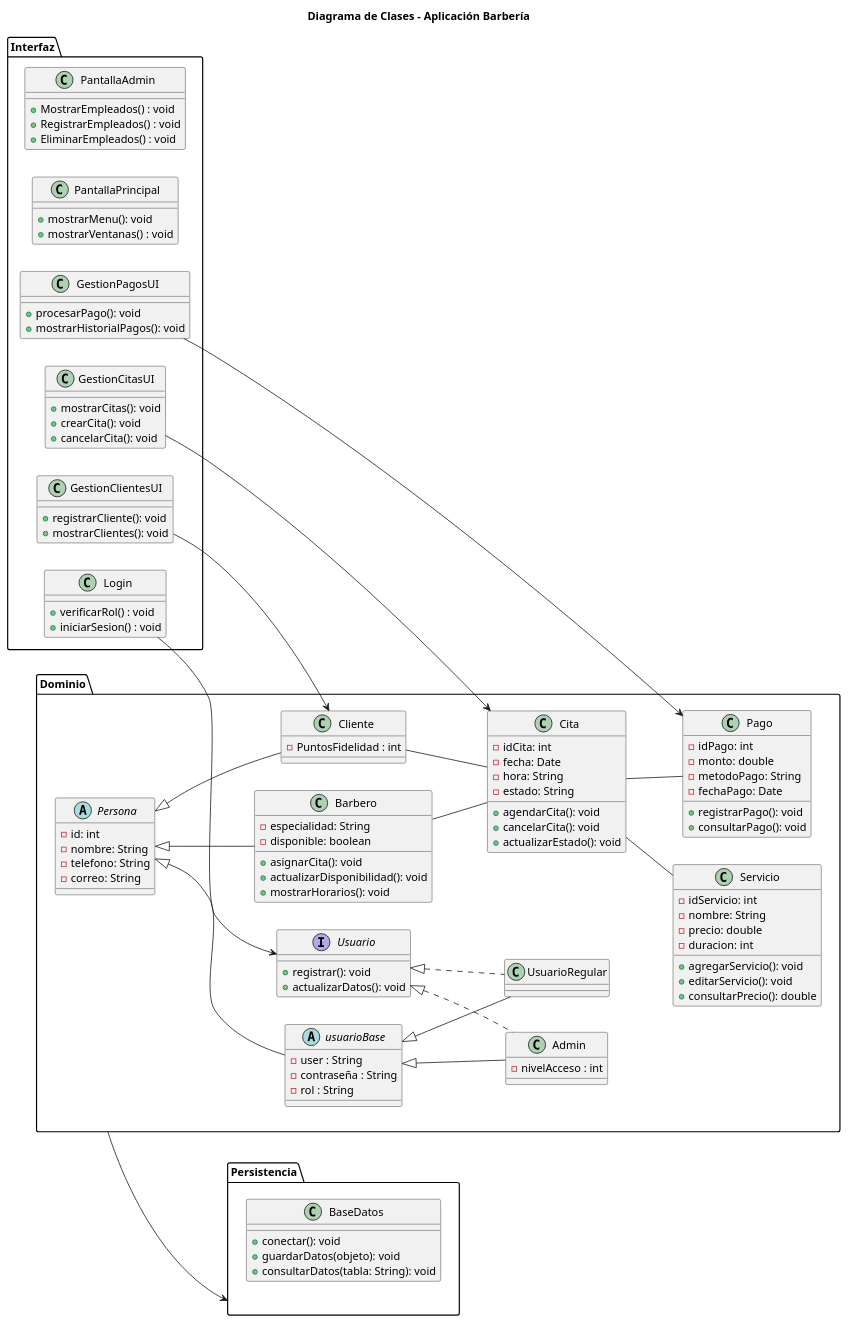
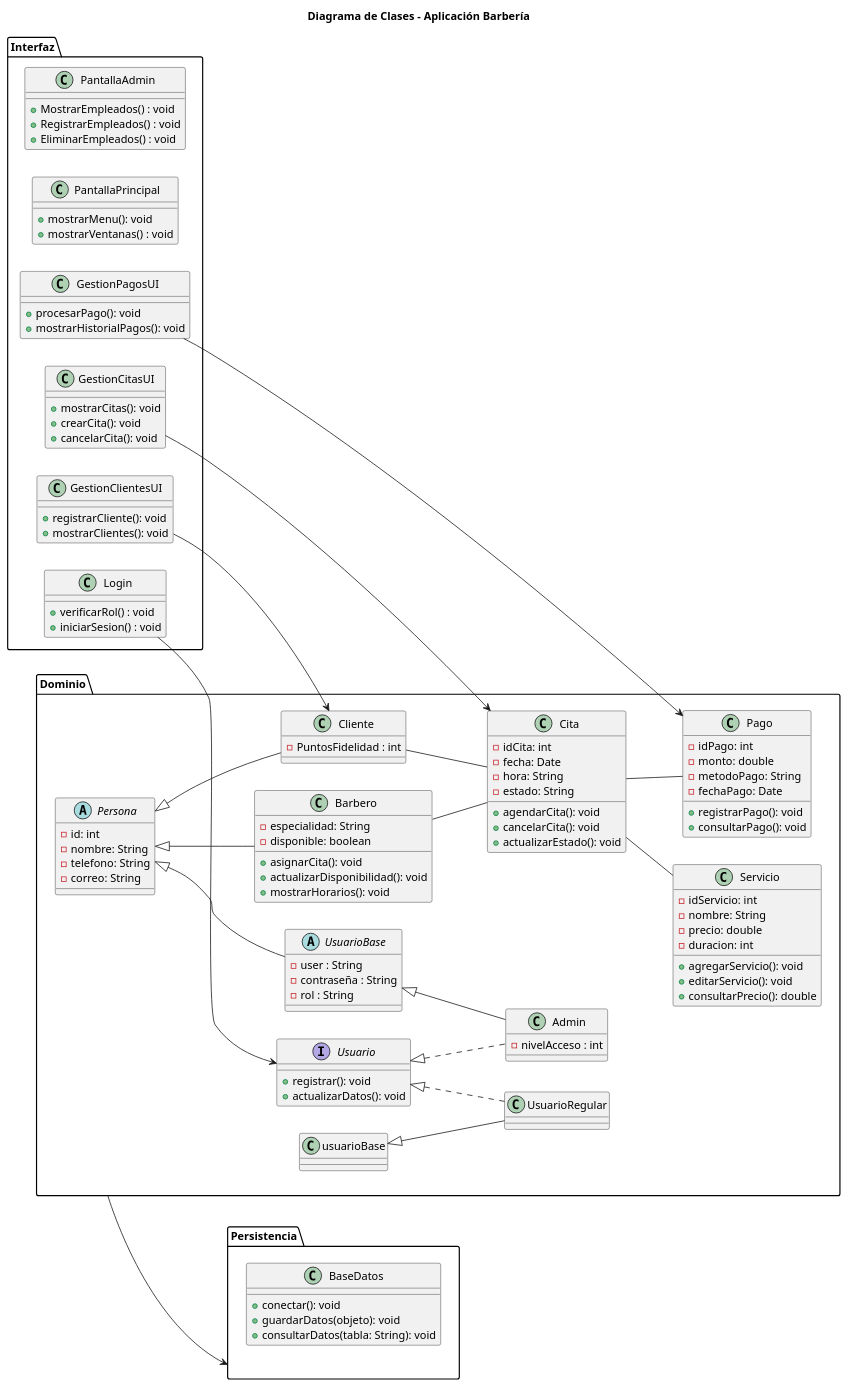
The diagram in diagramaBarberia.puml (angeldany521-spec/ProyectoJavaSwing), drawn with PlantUML before and after one commit. The commit also changed 11 other files, not shown here.

```diff
--- a/diagramaBarberia.puml
+++ b/diagramaBarberia.puml
@@ -1,138 +1,138 @@
 @startuml
 title Diagrama de Clases - Aplicación Barbería
 
 left to right direction
 ' === Paquete de Interfaz (UI / Presentación) ===
 package "Interfaz" {
 
 	class PantallaAdmin {
 	+ MostrarEmpleados() : void
 	+ RegistrarEmpleados() : void
 	+ EliminarEmpleados() : void
 	}
 
     class PantallaPrincipal {
         + mostrarMenu(): void
         + mostrarVentanas() : void
     }
 
     class GestionCitasUI {
         + mostrarCitas(): void
         + crearCita(): void
         + cancelarCita(): void
     }
 
     class GestionClientesUI {
         + registrarCliente(): void
         + mostrarClientes(): void
     }
 
     class GestionPagosUI {
         + procesarPago(): void
         + mostrarHistorialPagos(): void
     }
 
     class Login {
     + verificarRol() : void
     + iniciarSesion() : void
 }
 }
 
 ' === Paquete de Dominio / Lógica ===
 package "Dominio" {
 
     abstract class Persona {
         - id: int
         - nombre: String
         - telefono: String
         - correo: String
         
     }
 
     class Cliente {
     - PuntosFidelidad : int
     }
 
     class Barbero {
         - especialidad: String
         - disponible: boolean
         + asignarCita(): void
         + actualizarDisponibilidad(): void
         + mostrarHorarios(): void
     }
     
     interface Usuario {
     
     + registrar(): void
     + actualizarDatos(): void
 }
 
-	abstract class usuarioBase extends Persona {
+	abstract class UsuarioBase extends Persona {
 	- user : String
 	- contraseña : String
 	- rol : String
 	}
     
     class UsuarioRegular extends usuarioBase implements Usuario {
     }
-    class Admin extends usuarioBase implements Usuario{
+    class Admin extends UsuarioBase implements Usuario{
     - nivelAcceso : int
     }
 
 
     class Cita {
         - idCita: int
         - fecha: Date
         - hora: String
         - estado: String
         + agendarCita(): void
         + cancelarCita(): void
         + actualizarEstado(): void
     }
 
     class Servicio {
         - idServicio: int
         - nombre: String
         - precio: double
         - duracion: int
         + agregarServicio(): void
         + editarServicio(): void
         + consultarPrecio(): double
     }
 
     class Pago {
         - idPago: int
         - monto: double
         - metodoPago: String
         - fechaPago: Date
         + registrarPago(): void
         + consultarPago(): void
     }
 
     ' Herencia
     Persona <|-- Cliente
     Persona <|-- Barbero
 }
 
 ' === Paquete de Persistencia / Datos ===
 package "Persistencia" {
     class BaseDatos {
         + conectar(): void
         + guardarDatos(objeto): void
         + consultarDatos(tabla: String): void
     }
 }
 
 ' === Relaciones internas ===
 Cliente  --  Cita 
 Barbero  --  Cita 
 Cita  --  Pago 
 Cita  --  Servicio  
 
 ' === Relaciones entre paquetes ===
 GestionClientesUI --> Cliente 
 GestionCitasUI --> Cita 
 GestionPagosUI --> Pago 
 Dominio --> Persistencia 
 Login --> Usuario
 @enduml
```
